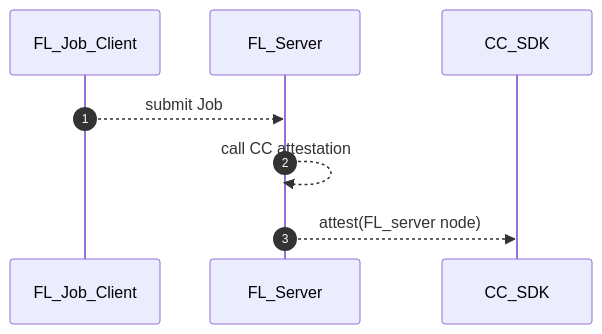
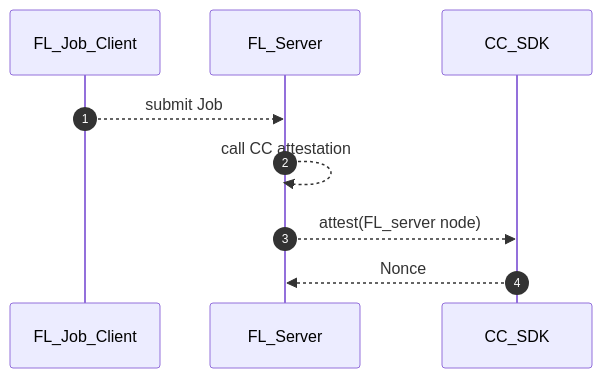
The ninth of 14 diagrams in docs/confidential_computing/detailed_cc_sequence_diagram.md (hitesh-ag1/NVFlare), drawn with Mermaid before and after one commit. The commit also changed other lines of this file, not shown here.

Commit message:
Sequence diagram for CC

````diff
--- a/docs/confidential_computing/detailed_cc_sequence_diagram.md
+++ b/docs/confidential_computing/detailed_cc_sequence_diagram.md
@@ -191,11 +203,12 @@
 ```mermaid
 sequenceDiagram
    autonumber
     participant FL_Job_Client
     participant FL_Server
     participant CC_SDK
     
     FL_Job_Client -->> FL_Server: submit Job
     FL_Server -->> FL_Server: call CC attestation 
     FL_Server -->> CC_SDK: attest(FL_server node)    
+    CC_SDK -->> FL_Server: Nonce
 ```
````
